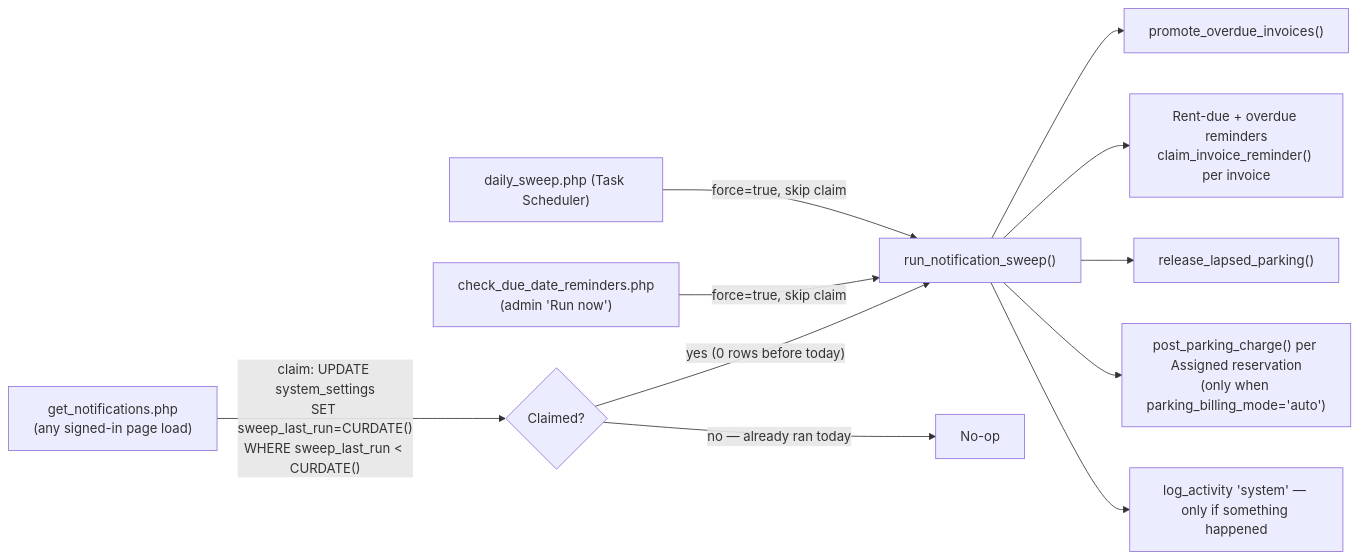
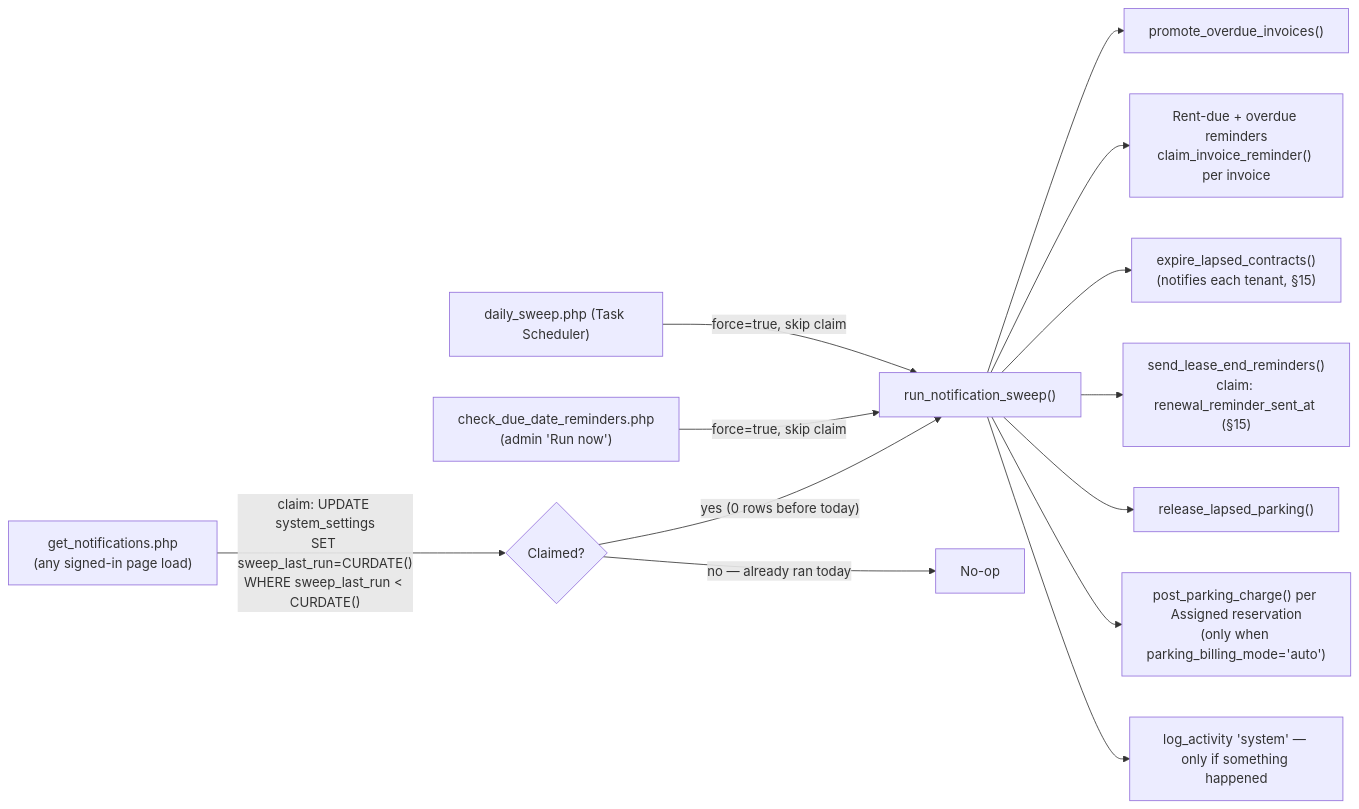
One commit to Keonbe/ApartmentManagementSystem_React changed diagram 26 of 36 in docs/documentation/module_verification_guide.md. Above: the diagram before and after it, drawn with Mermaid. The commit also changed other lines of this file and 24 other files, not shown here.

````diff
--- a/docs/documentation/module_verification_guide.md
+++ b/docs/documentation/module_verification_guide.md
@@ -2121,13 +2131,15 @@
 ```mermaid
 flowchart LR
     G["get_notifications.php<br/>(any signed-in page load)"] -->|"claim: UPDATE system_settings<br/>SET sweep_last_run=CURDATE()<br/>WHERE sweep_last_run < CURDATE()"| C{"Claimed?"}
     CLI["daily_sweep.php (Task Scheduler)"] -->|force=true, skip claim| W
     ADM["check_due_date_reminders.php<br/>(admin 'Run now')"] -->|force=true, skip claim| W
     C -->|"yes (0 rows before today)"| W["run_notification_sweep()"]
     C -->|no — already ran today| SKIP[No-op]
     W --> P["promote_overdue_invoices()"]
     W --> R["Rent-due + overdue reminders<br/>claim_invoice_reminder() per invoice"]
+    W --> X["expire_lapsed_contracts()<br/>(notifies each tenant, §15)"]
+    W --> N["send_lease_end_reminders()<br/>claim: renewal_reminder_sent_at (§15)"]
     W --> K["release_lapsed_parking()"]
     W --> B["post_parking_charge() per Assigned reservation<br/>(only when parking_billing_mode='auto')"]
     W --> L["log_activity 'system' — only if something happened"]
 ```
````
